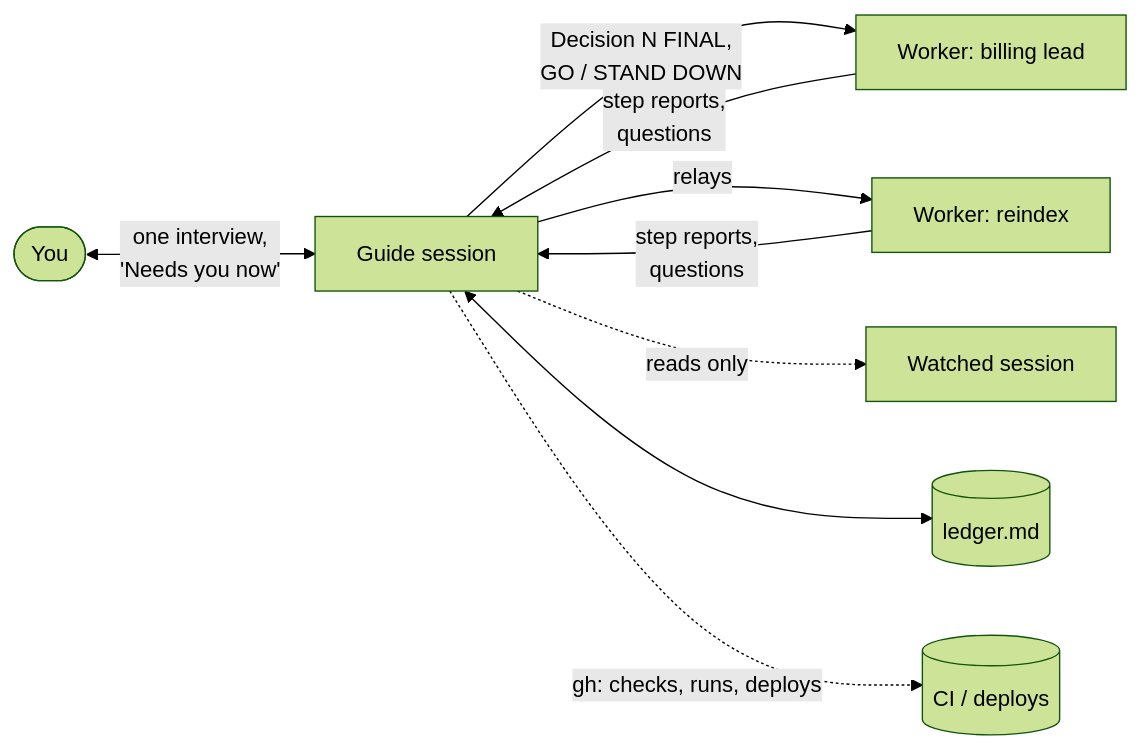
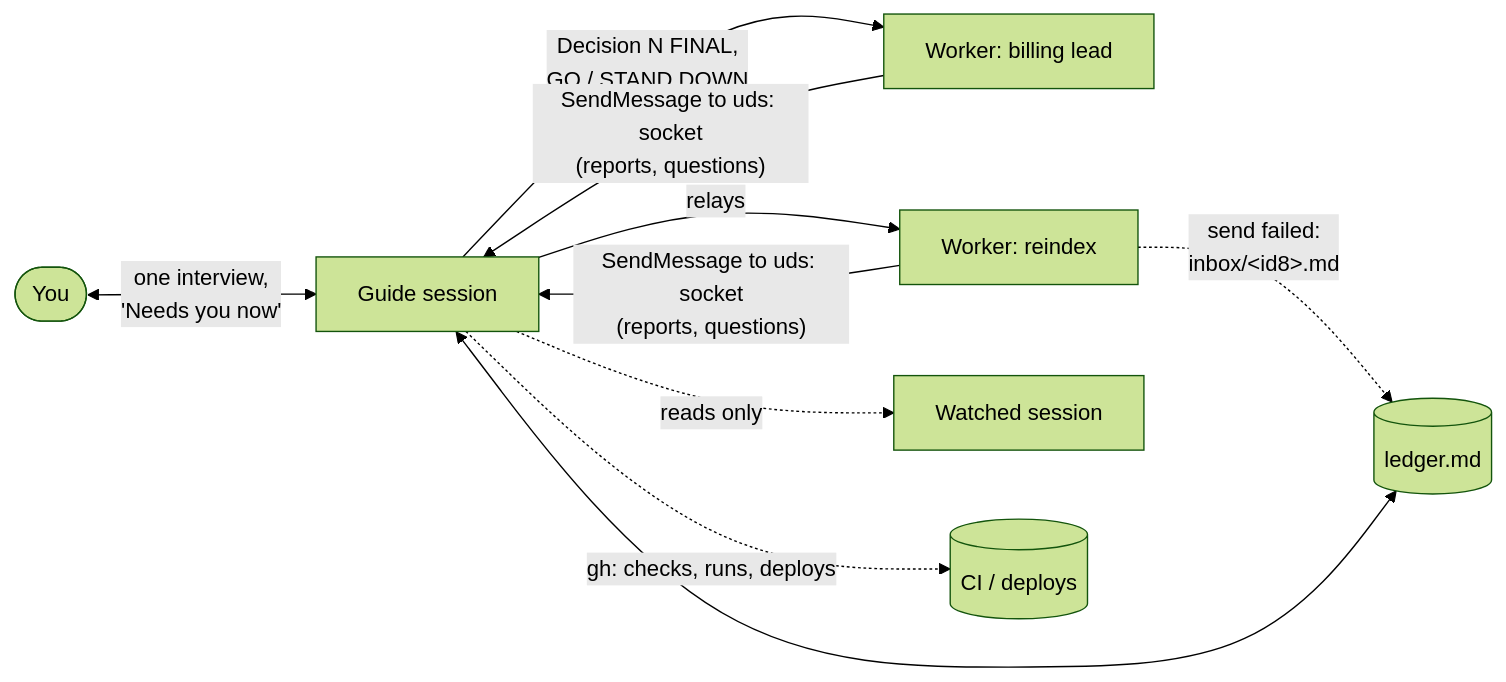
Before and after one commit to jachai/jethro: the diagram in plugins/session-guide/docs/how-it-works.md, drawn with Mermaid (forest theme). The commit also changed other lines of this file and 8 other files, not shown here.

````diff
--- a/plugins/session-guide/docs/how-it-works.md
+++ b/plugins/session-guide/docs/how-it-works.md
@@ -5,11 +5,12 @@
 ```mermaid
 flowchart LR
     U([You]) <-- "one interview,<br/>'Needs you now'" --> G[Guide session]
     G -- "Decision N FINAL,<br/>GO / STAND DOWN" --> W1[Worker: billing lead]
     G -- relays --> W2[Worker: reindex]
-    W1 -- "step reports,<br/>questions" --> G
-    W2 -- "step reports,<br/>questions" --> G
+    W1 -- "SendMessage to uds: socket<br/>(reports, questions)" --> G
+    W2 -- "SendMessage to uds: socket<br/>(reports, questions)" --> G
+    W2 -. "send failed:<br/>inbox/&lt;id8&gt;.md" .-> L
     G -. reads only .-> W3[Watched session]
     G <--> L[(ledger.md)]
     G -. "gh: checks, runs, deploys" .-> CI[(CI / deploys)]
 ```
````
